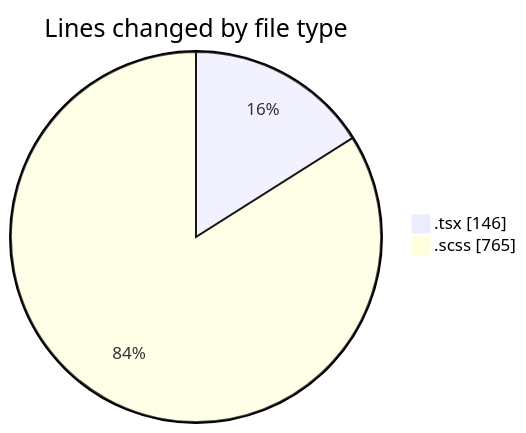
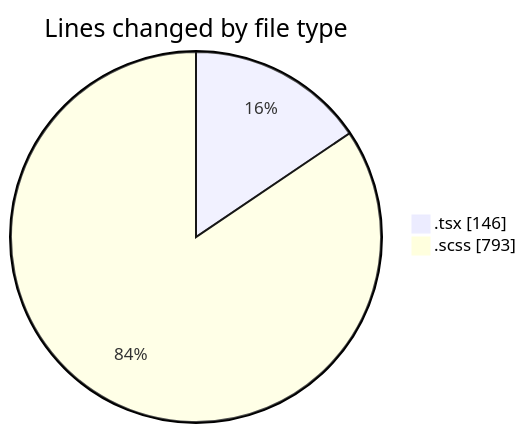
One commit to momahboobian/code-tracking changed the first of 2 diagrams in 2026-03-25/cda/README.md. Above: the diagram before and after it, drawn with Mermaid. The commit also changed other lines of this file and 1 other file, not shown here.

````diff
--- a/2026-03-25/cda/README.md
+++ b/2026-03-25/cda/README.md
@@ -21,6 +21,6 @@
 ```mermaid
 pie showData
 title Lines changed by file type
 ".tsx" : 146
-".scss" : 765
+".scss" : 793
 ```
````
